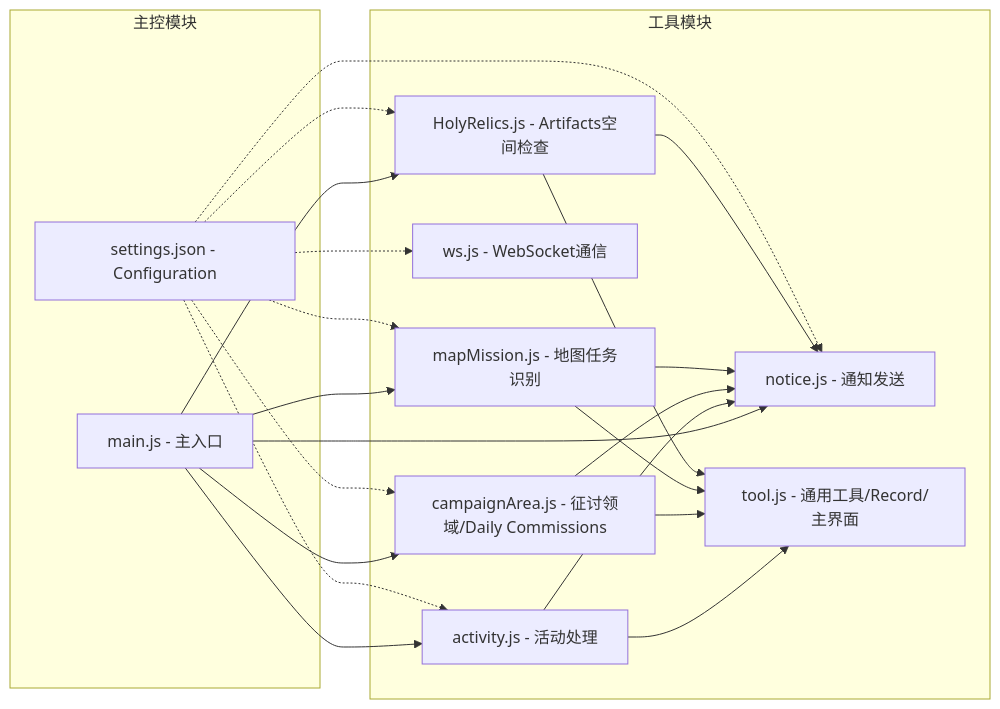
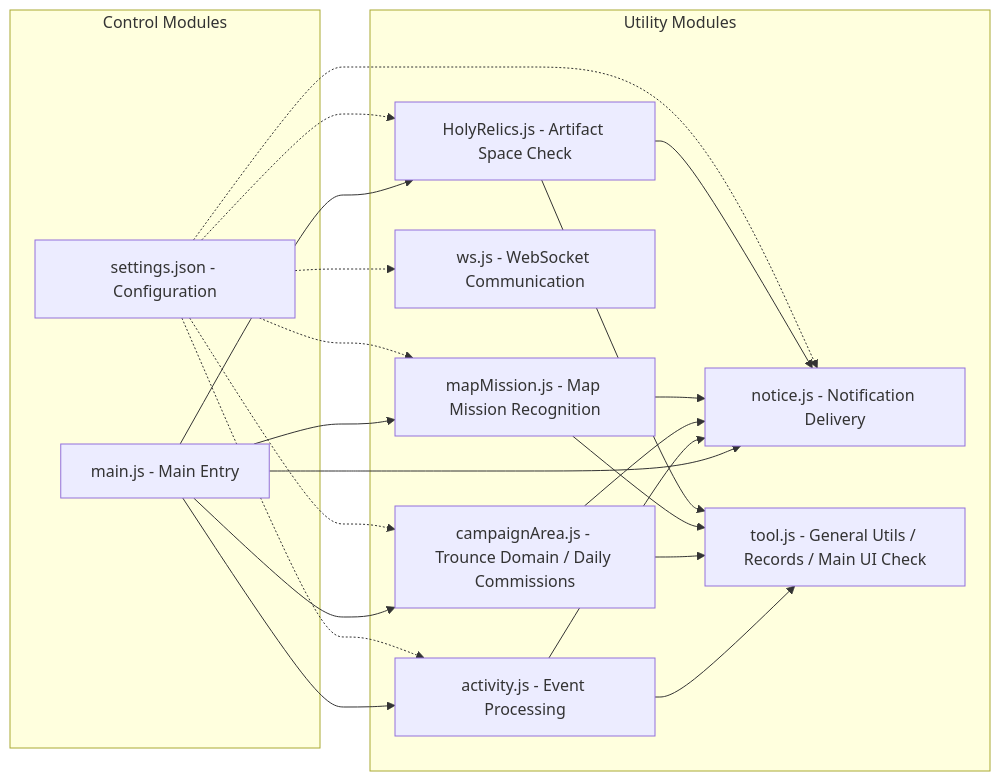
One commit to krammarkro/bettergi-scripts-list-en changed the sixth of 7 diagrams in repo/js/ActivitySwitchNotice/README.md. Above: the diagram before and after it, drawn with Mermaid. The commit also changed other lines of this file and 91 other files, not shown here.

````diff
--- a/repo/js/ActivitySwitchNotice/README.md
+++ b/repo/js/ActivitySwitchNotice/README.md
@@ -151,38 +154,37 @@
 ```mermaid
 graph LR
-    subgraph "工具模块"
-        A[activity.js - 活动处理]
-        B[notice.js - 通知发送]
-        C[campaignArea.js - 征讨领域/Daily Commissions]
-        D[ws.js - WebSocket通信]
-        E[tool.js - 通用工具/Record/主界面]
-        F[mapMission.js - 地图任务识别]
-        G[HolyRelics.js - Artifacts空间检查]
+    subgraph "Utility Modules"
+        A[activity.js - Event Processing]
+        B[notice.js - Notification Delivery]
+        C[campaignArea.js - Trounce Domain / Daily Commissions]
+        D[ws.js - WebSocket Communication]
+        E[tool.js - General Utils / Records / Main UI Check]
+        F[mapMission.js - Map Mission Recognition]
+        G[HolyRelics.js - Artifact Space Check]
     end
     
-    subgraph "主控模块"
-        H[main.js - 主入口]
+    subgraph "Control Modules"
+        H[main.js - Main Entry]
         I[settings.json - Configuration]
     end
     
     H --> A
     H --> B
     H --> C
     H --> F
     H --> G
     A --> B
     A --> E
     C --> B
     C --> E
     F --> B
     F --> E
     G --> B
     G --> E
     I -.-> A
     I -.-> B
     I -.-> C
     I -.-> D
     I -.-> F
     I -.-> G
-
 ```
````
